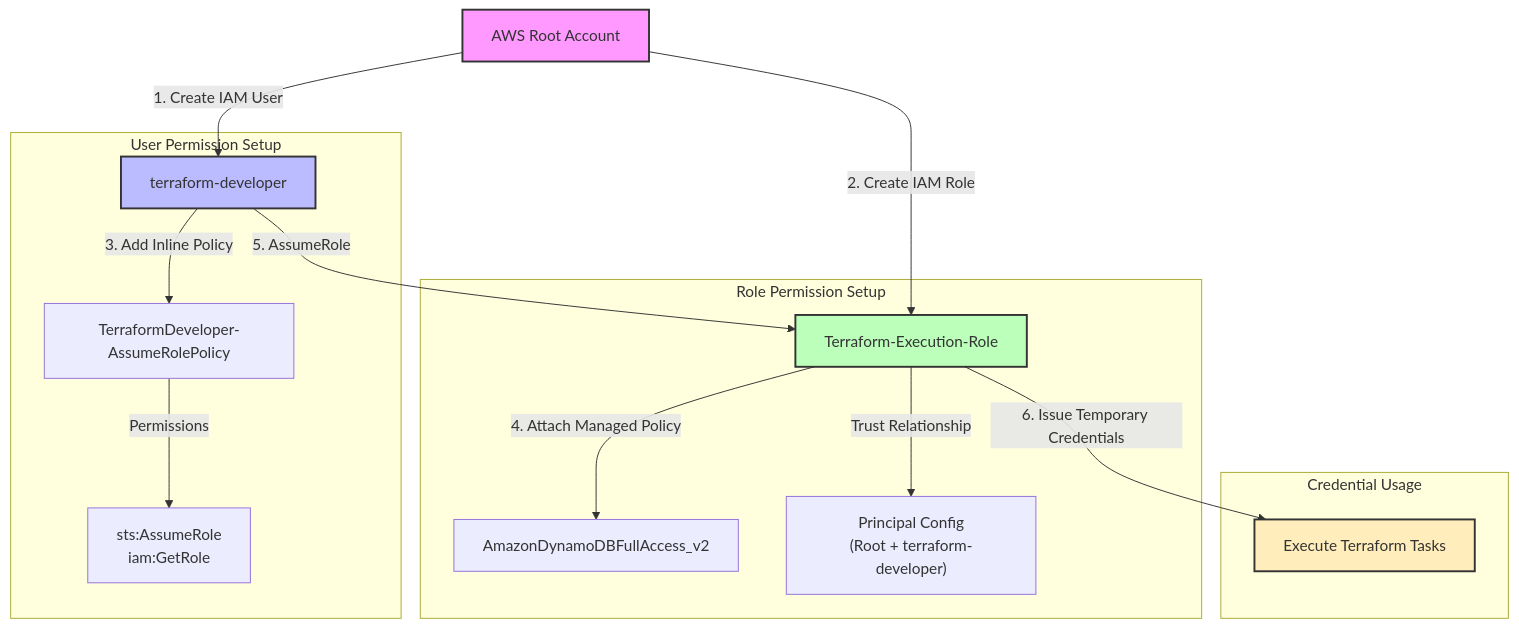
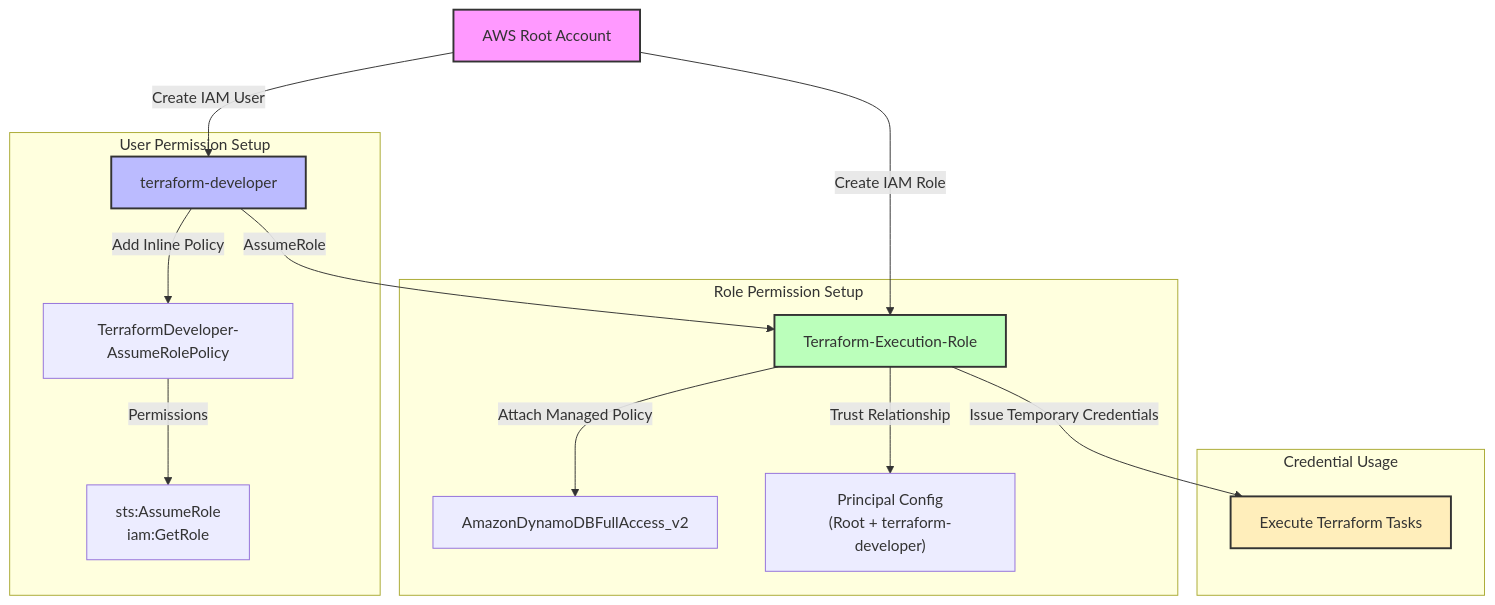
Before and after one commit to dongkoony/k8s-ec2-observability: the diagram in infra/terraform/README-us.md, drawn with Mermaid.

Commit message:
docs: IAM 구성 다이어그램의 텍스트를 간결하게 수정 - 설명을 단순화하여 가독성 향상

````diff
--- a/infra/terraform/README-us.md
+++ b/infra/terraform/README-us.md
@@ -12,25 +12,25 @@
 ```mermaid
 graph TD
-    A[AWS Root Account] -->|1. Create IAM User| B[terraform-developer]
-    A -->|2. Create IAM Role| C[Terraform-Execution-Role]
+    A[AWS Root Account] -->|Create IAM User| B[terraform-developer]
+    A -->|Create IAM Role| C[Terraform-Execution-Role]
     
     subgraph "User Permission Setup"
-        B -->|3. Add Inline Policy| D[TerraformDeveloper-AssumeRolePolicy]
+        B -->|Add Inline Policy| D[TerraformDeveloper-AssumeRolePolicy]
         D -->|Permissions| E["sts:AssumeRole</br>iam:GetRole"]
     end
     
     subgraph "Role Permission Setup"
-        C -->|4. Attach Managed Policy| F[AmazonDynamoDBFullAccess_v2]
+        C -->|Attach Managed Policy| F[AmazonDynamoDBFullAccess_v2]
         C -->|Trust Relationship| G["Principal Config</br>(Root + terraform-developer)"]
     end
     
     subgraph "Credential Usage"
-        B -->|5. AssumeRole| C
-        C -->|6. Issue Temporary Credentials| H[Execute Terraform Tasks]
+        B -->|AssumeRole| C
+        C -->|Issue Temporary Credentials| H[Execute Terraform Tasks]
     end
 
     style A fill:#f9f,stroke:#333,stroke-width:2px
     style B fill:#bbf,stroke:#333,stroke-width:2px
     style C fill:#bfb,stroke:#333,stroke-width:2px
     style H fill:#feb,stroke:#333,stroke-width:2px
 ```
````
